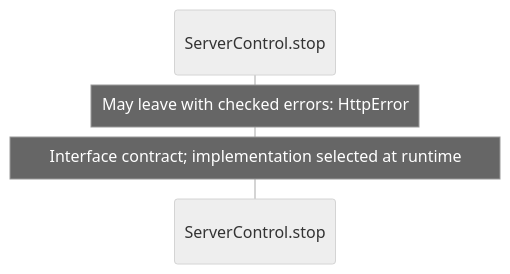
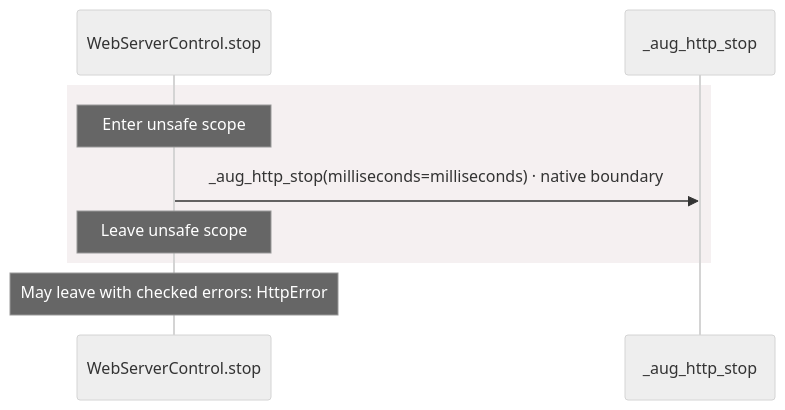
Before and after one commit to GreenPandaStudios/augscript: the eighth of 8 diagrams in src/stdlib/web/contracts.aug.diagrams.md, drawn with Mermaid (neutral theme). The commit also changed other lines of this file and 524 other files, not shown here.

Commit message:
Explain checked data flow at folder and service levels

````diff
--- a/src/stdlib/web/contracts.aug.diagrams.md
+++ b/src/stdlib/web/contracts.aug.diagrams.md
@@ -313,7 +276,11 @@
 ```mermaid
 sequenceDiagram
-    participant p0 as ServerControl.stop
-
+    participant p0 as WebServerControl.stop
+    participant p1 as _aug_http_stop
+    rect rgb(245, 240, 241)
+    Note over p0: Enter unsafe scope
+    p0->>p1: _aug_http_stop(milliseconds=milliseconds) · native boundary
+    Note over p0: Leave unsafe scope
+    end
     Note over p0: May leave with checked errors: HttpError
-    Note over p0: Interface contract#59; implementation selected at runtime
 ```
````
